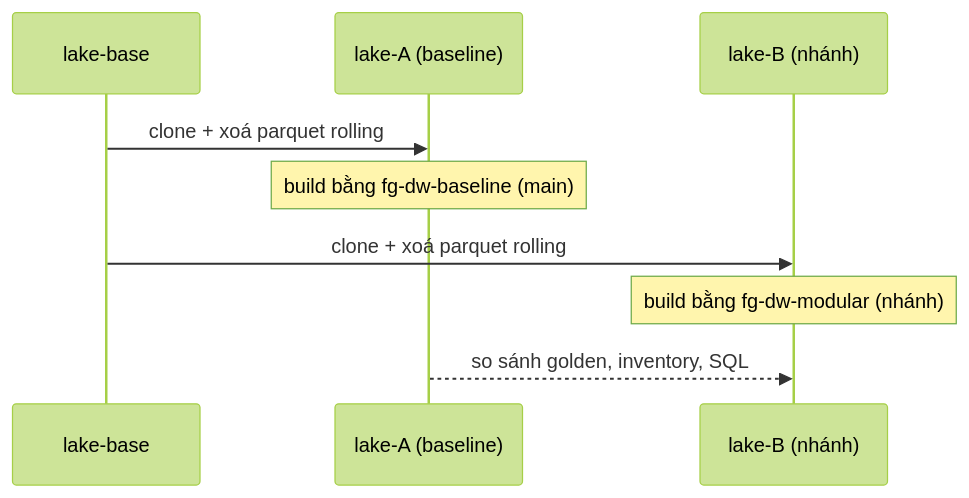
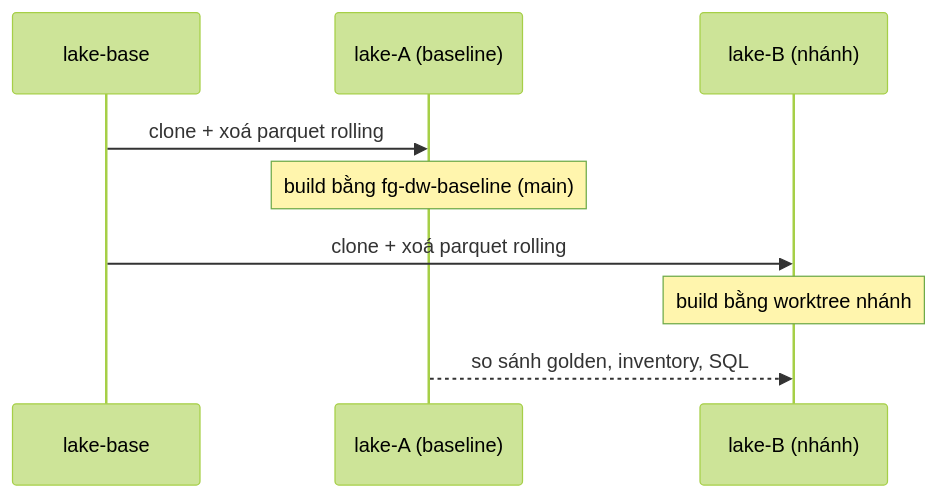
Before and after one commit to vantt/data-integration: the third of 4 diagrams in docs/operations/refactor-safety-harness.md, drawn with Mermaid (forest theme). The commit also changed other lines of this file and 17 other files, not shown here.

````diff
--- a/docs/operations/refactor-safety-harness.md
+++ b/docs/operations/refactor-safety-harness.md
@@ -147,11 +147,11 @@
 ```mermaid
 sequenceDiagram
     participant Base as lake-base
     participant A as lake-A (baseline)
     participant B as lake-B (nhánh)
     Base->>A: clone + xoá parquet rolling
     Note over A: build bằng fg-dw-baseline (main)
     Base->>B: clone + xoá parquet rolling
-    Note over B: build bằng fg-dw-modular (nhánh)
+    Note over B: build bằng worktree nhánh
     A-->>B: so sánh golden, inventory, SQL
 ```
````
